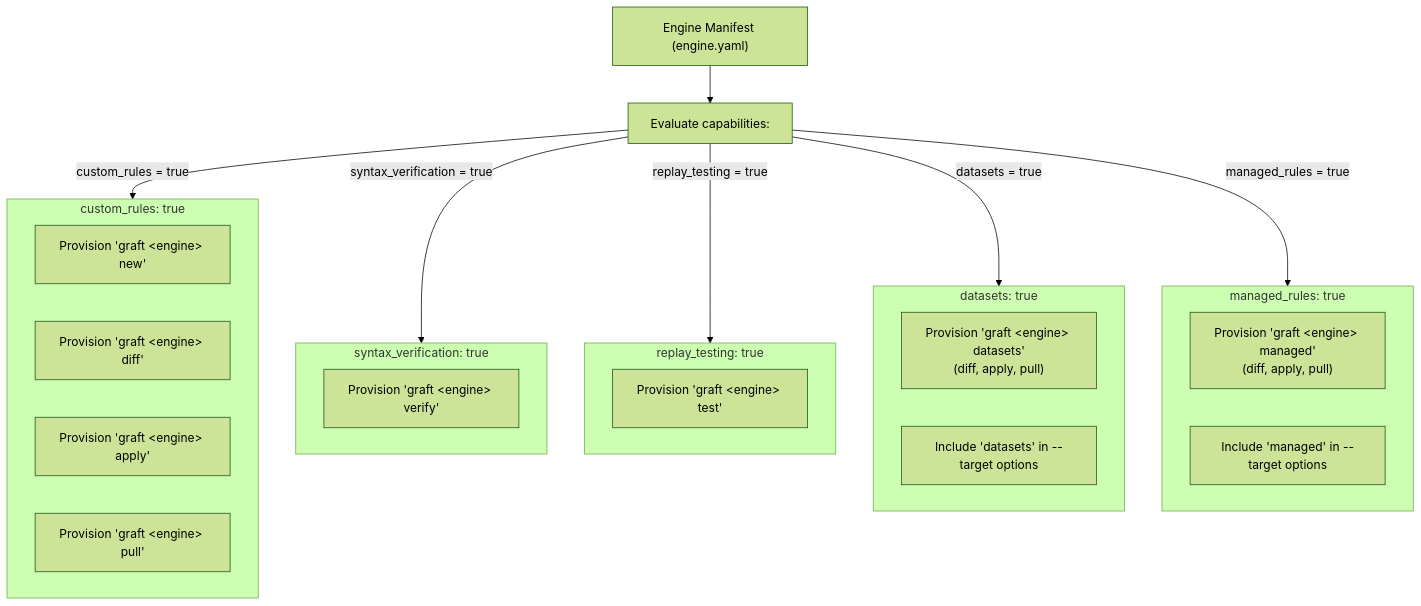
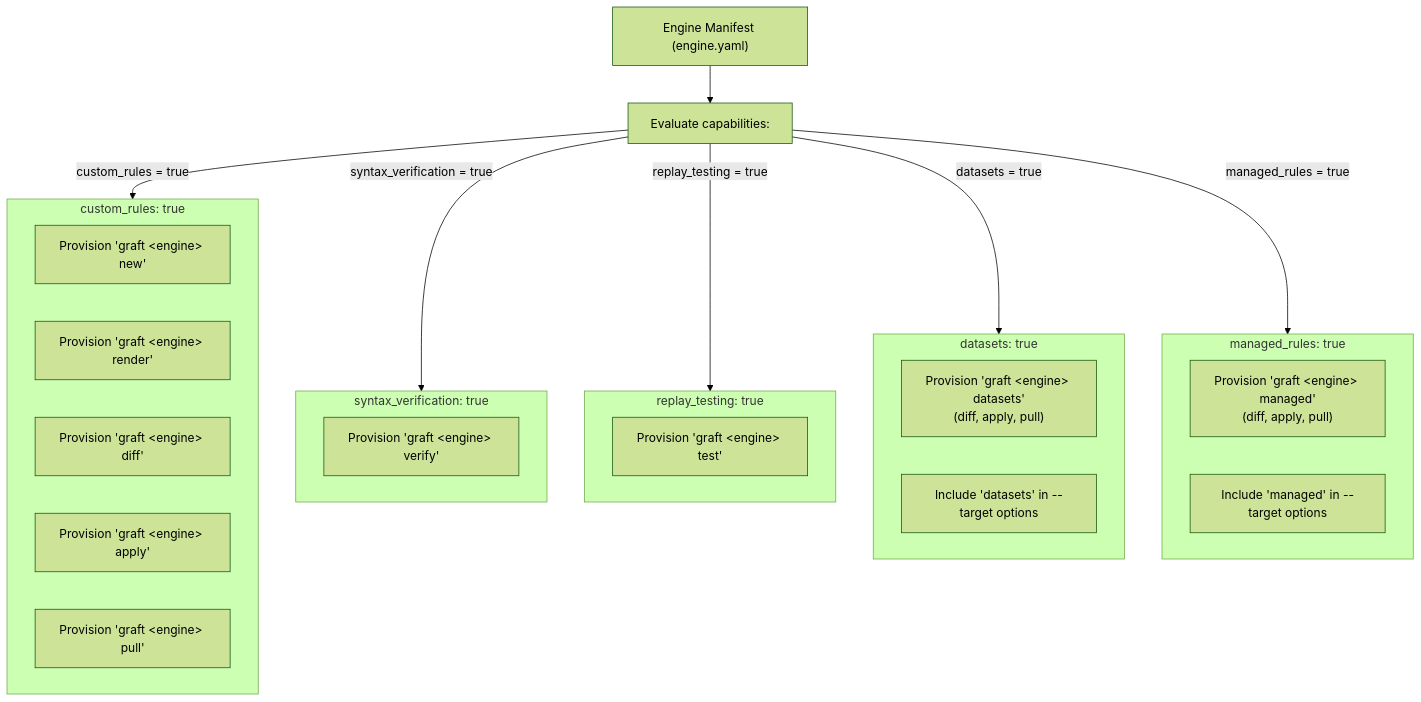
Before and after one commit to lopes/graft: the third of 3 diagrams in docs/developers/framework.md, drawn with Mermaid (forest theme). The commit also changed other lines of this file and 23 other files, not shown here.

First line of the commit message:
core,cli,secops,docs: add mechanical architecture gates, offline cli introspection, and ai-first AGENTS.md (#37)

````diff
--- a/docs/developers/framework.md
+++ b/docs/developers/framework.md
@@ -361,38 +364,39 @@
 ```mermaid
 flowchart TD
     MANIFEST["Engine Manifest (engine.yaml)"]
     CAPS["Evaluate capabilities:"]
 
     MANIFEST --> CAPS
 
     subgraph CustomBranch["custom_rules: true"]
         C_NEW["Provision 'graft &lt;engine&gt; new'"]
+        C_RENDER["Provision 'graft &lt;engine&gt; render'"]
         C_DIFF["Provision 'graft &lt;engine&gt; diff'"]
         C_APPLY["Provision 'graft &lt;engine&gt; apply'"]
         C_PULL["Provision 'graft &lt;engine&gt; pull'"]
     end
 
     subgraph SyntaxBranch["syntax_verification: true"]
         S_VERIFY["Provision 'graft &lt;engine&gt; verify'"]
     end
 
     subgraph ReplayBranch["replay_testing: true"]
         R_TEST["Provision 'graft &lt;engine&gt; test'"]
     end
 
     subgraph DatasetsBranch["datasets: true"]
         D_CMD["Provision 'graft &lt;engine&gt; datasets'<br/>(diff, apply, pull)"]
         D_TARGET["Include 'datasets' in --target options"]
     end
 
     subgraph ManagedBranch["managed_rules: true"]
         M_CMD["Provision 'graft &lt;engine&gt; managed'<br/>(diff, apply, pull)"]
         M_TARGET["Include 'managed' in --target options"]
     end
 
     CAPS -- "custom_rules = true" --> CustomBranch
     CAPS -- "syntax_verification = true" --> SyntaxBranch
     CAPS -- "replay_testing = true" --> ReplayBranch
     CAPS -- "datasets = true" --> DatasetsBranch
     CAPS -- "managed_rules = true" --> ManagedBranch
 ```
````
